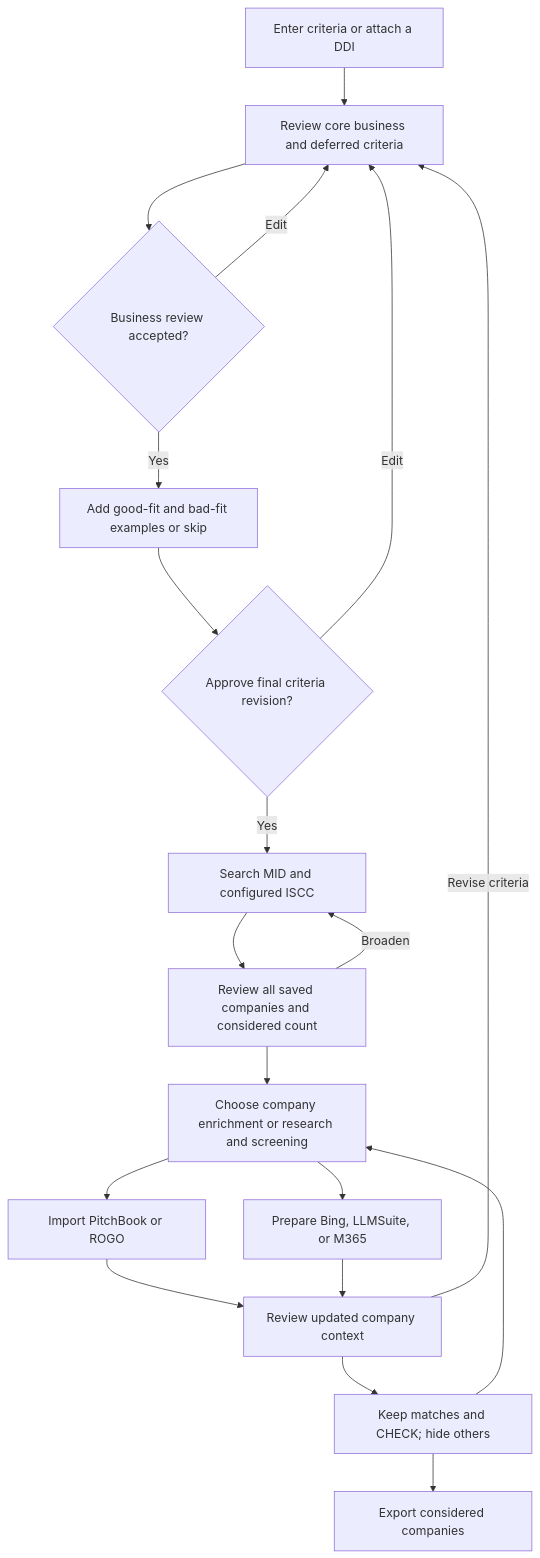
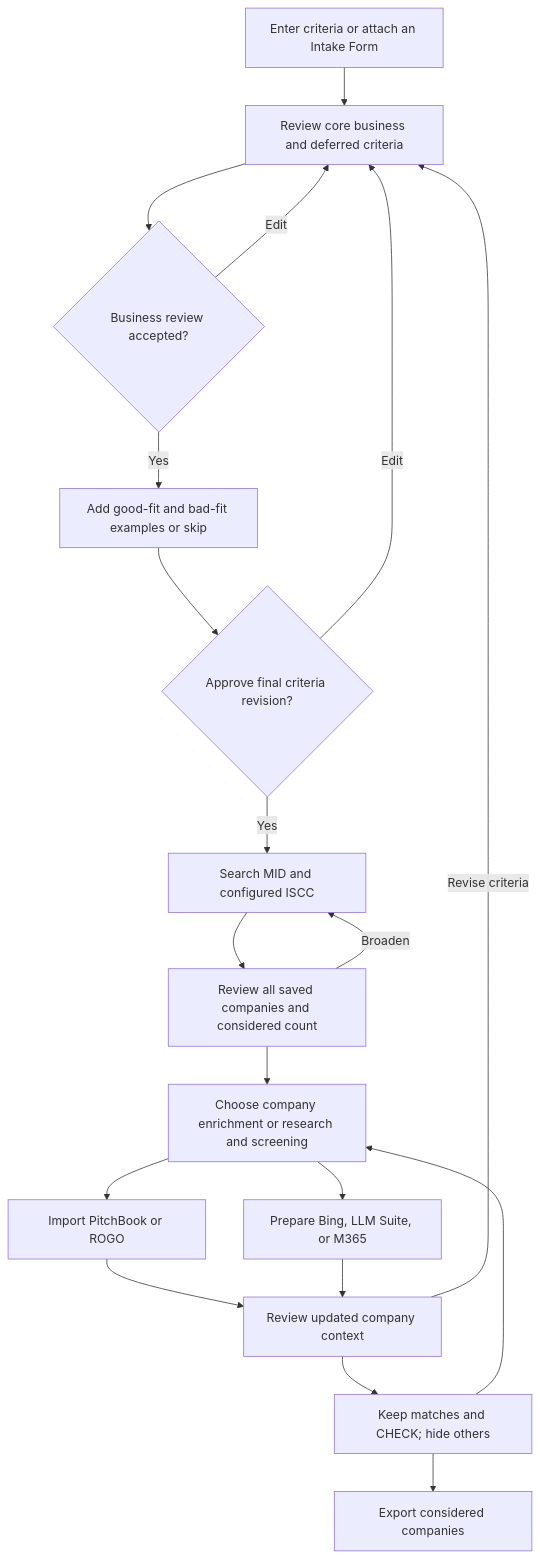
Before and after one commit to saksham-personal/local-first-mna-screening: the diagram in mna-tools/docs/WORKFLOW.md, drawn with Mermaid. The commit also changed other lines of this file and 19 other files, not shown here.

````diff
--- a/mna-tools/docs/WORKFLOW.md
+++ b/mna-tools/docs/WORKFLOW.md
@@ -9,21 +9,21 @@
 ```mermaid
 flowchart TD
-    A[Enter criteria or attach a DDI] --> B[Review core business and deferred criteria]
+    A[Enter criteria or attach an Intake Form] --> B[Review core business and deferred criteria]
     B --> C{Business review accepted?}
     C -- Edit --> B
     C -- Yes --> E[Add good-fit and bad-fit examples or skip]
     E --> F{Approve final criteria revision?}
     F -- Edit --> B
     F -- Yes --> G[Search MID and configured ISCC]
     G --> H[Review all saved companies and considered count]
     H -- Broaden --> G
     H --> I[Choose company enrichment or research and screening]
     I --> J[Import PitchBook or ROGO]
-    I --> K[Prepare Bing, LLMSuite, or M365]
+    I --> K[Prepare Bing, LLM Suite, or M365]
     J --> L[Review updated company context]
     K --> L
     L --> M[Keep matches and CHECK; hide others]
     M --> I
     M --> N[Export considered companies]
     L -- Revise criteria --> B
 ```
````
